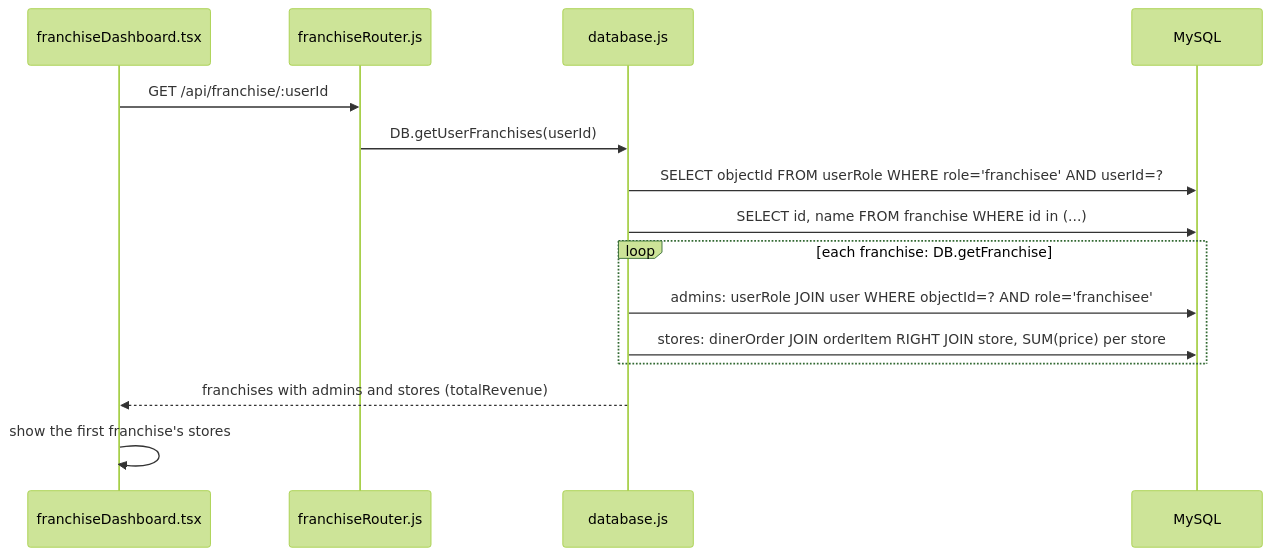
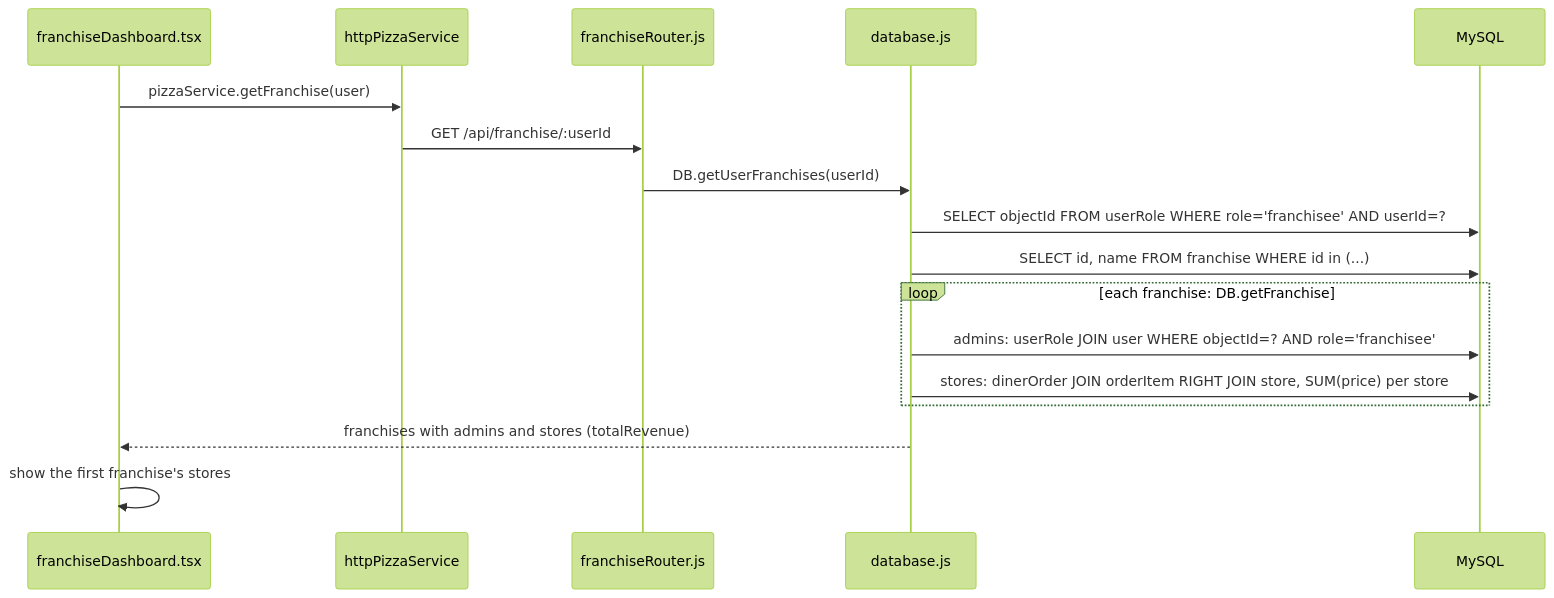
Diagram 13 of 18 in docs/flows.md (joshuajob-cs/jwt-pizza), drawn with Mermaid (forest theme) before and after one commit. The commit also changed other lines of this file, not shown here.

Commit message:
refactor(docs): draw every layer consistently in flows.md

````diff
--- a/docs/flows.md
+++ b/docs/flows.md
@@ -246,17 +332,19 @@
 ```mermaid
 sequenceDiagram
   participant V as franchiseDashboard.tsx
+  participant S as httpPizzaService
   participant R as franchiseRouter.js
   participant D as database.js
   participant M as MySQL
-  V->>R: GET /api/franchise/:userId
+  V->>S: pizzaService.getFranchise(user)
+  S->>R: GET /api/franchise/:userId
   R->>D: DB.getUserFranchises(userId)
   D->>M: SELECT objectId FROM userRole WHERE role='franchisee' AND userId=?
   D->>M: SELECT id, name FROM franchise WHERE id in (...)
   loop each franchise: DB.getFranchise
     D->>M: admins: userRole JOIN user WHERE objectId=? AND role='franchisee'
     D->>M: stores: dinerOrder JOIN orderItem RIGHT JOIN store, SUM(price) per store
   end
   D-->>V: franchises with admins and stores (totalRevenue)
   V->>V: show the first franchise's stores
 ```
````
